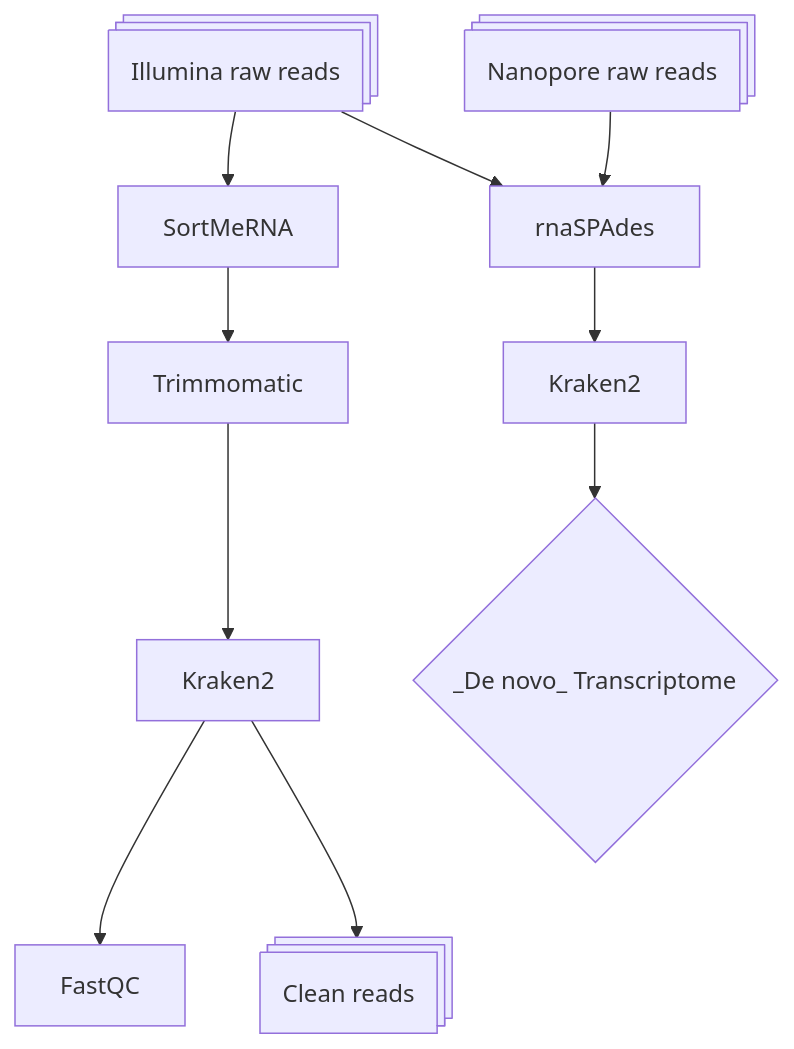
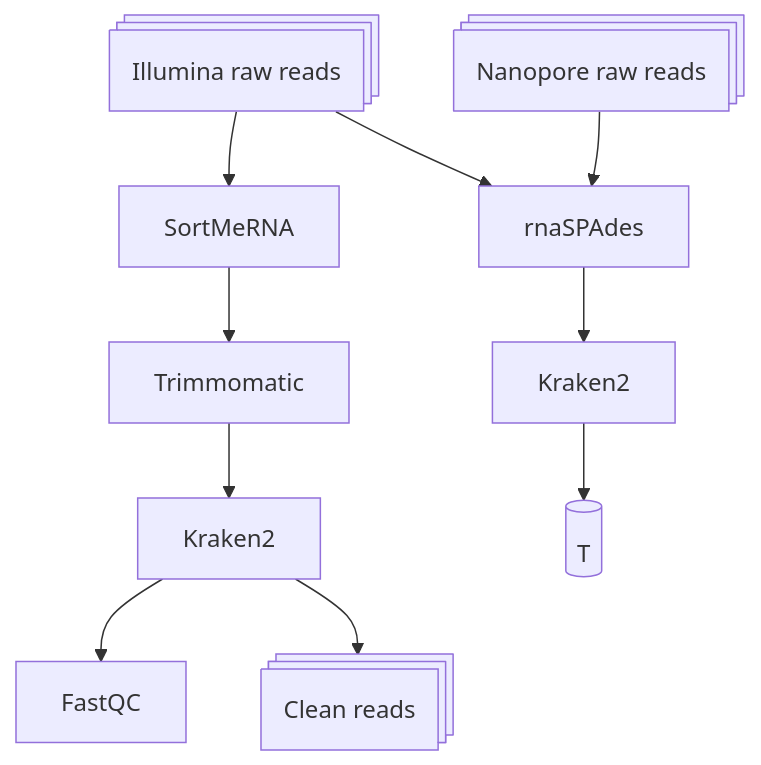
Before and after one commit to kuprinak/Phragmites_drought_RNAseq: the diagram in README.md, drawn with Mermaid.

````diff
--- a/README.md
+++ b/README.md
@@ -6,12 +6,12 @@
 ```mermaid
 flowchart TB
     A@{shape: procs, label: "Illumina raw reads"} --> B[SortMeRNA];
     B --> C[Trimmomatic];
     C --> K[Kraken2];
     K --> E[FastQC];
     K --> F@{shape: procs, label: "Clean reads"};
     A --> G[rnaSPAdes];
     AA@{shape: procs, label: "Nanopore raw reads"} --> G[rnaSPAdes];
     G --> K2[Kraken2];
-    K2 -->T{_De novo_ Transcriptome};
+    K2 -->T@{shape: cyl, label:"_De novo_ Transcriptome"};
 ```
````
